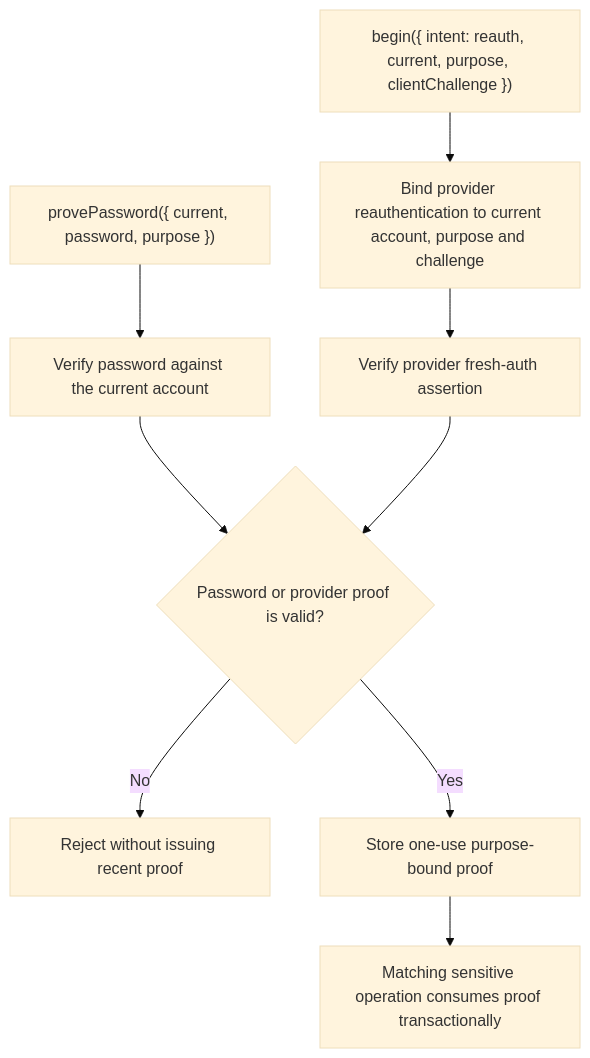
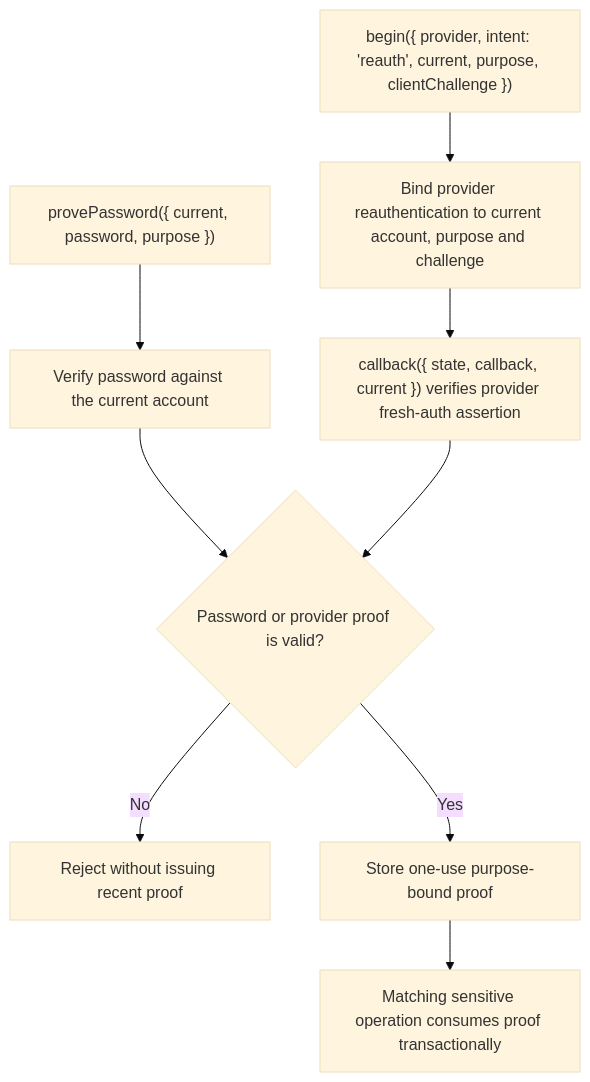
Before and after one commit to Kevinjohn/oss-adonisjs-account-kit: the second of 2 diagrams in user-stories/US-ACCOUNT-23-prove-social-action.md, drawn with Mermaid (base theme). The commit also changed other lines of this file and 17 other files, not shown here.

````diff
--- a/user-stories/US-ACCOUNT-23-prove-social-action.md
+++ b/user-stories/US-ACCOUNT-23-prove-social-action.md
@@ -35,11 +35,11 @@
 ```mermaid
 flowchart TD
  A["provePassword({ current, password, purpose })"] --> B["Verify password against the current account"]
- A2["begin({ intent: reauth, current, purpose, clientChallenge })"] --> C["Bind provider reauthentication to current account, purpose and challenge"]
- C --> D["Verify provider fresh-auth assertion"]
+ A2["begin({ provider, intent: 'reauth', current, purpose, clientChallenge })"] --> C["Bind provider reauthentication to current account, purpose and challenge"]
+ C --> D["callback({ state, callback, current }) verifies provider fresh-auth assertion"]
  B --> E{"Password or provider proof is valid?"}
  D --> E
  E -->|No| F["Reject without issuing recent proof"]
  E -->|Yes| G["Store one-use purpose-bound proof"]
  G --> H["Matching sensitive operation consumes proof transactionally"]
 ```
````
